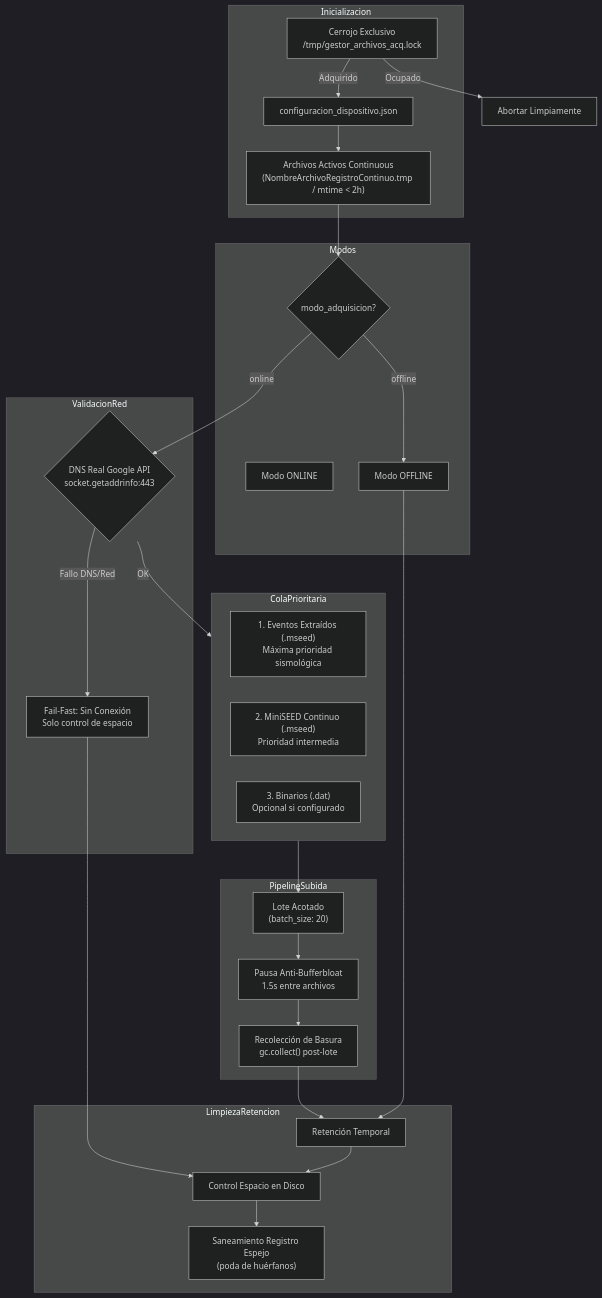
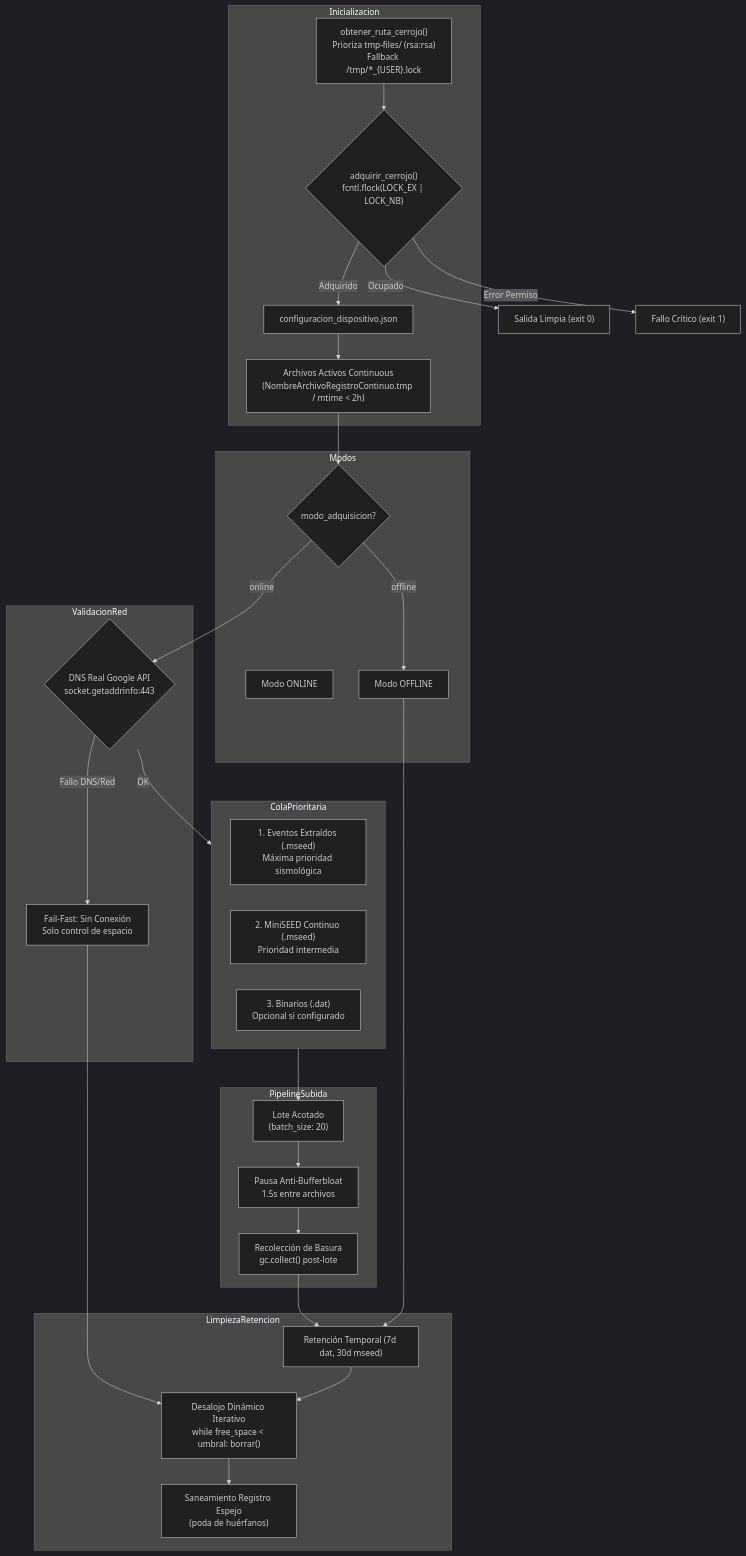
One commit to RSA-Proyectos/RSA-Acelerografo changed the diagram in docs/context/gestor_archivos_acq_context.md. Above: the diagram before and after it, drawn with Mermaid (dark theme). The commit also changed other lines of this file and 5 other files, not shown here.

````diff
--- a/docs/context/gestor_archivos_acq_context.md
+++ b/docs/context/gestor_archivos_acq_context.md
@@ -20,54 +20,57 @@
 ```mermaid
 graph TD
     subgraph Inicializacion
-        LOCK["Cerrojo Exclusivo<br>/tmp/gestor_archivos_acq.lock"]
+        RUTA["obtener_ruta_cerrojo()<br>Prioriza tmp-files/ (rsa:rsa)<br>Fallback /tmp/*_{USER}.lock"]
+        LOCK{"adquirir_cerrojo()<br>fcntl.flock(LOCK_EX | LOCK_NB)"}
         CFG["configuracion_dispositivo.json"]
         ACTIVOS["Archivos Activos Continuous<br>(NombreArchivoRegistroContinuo.tmp / mtime < 2h)"]
     end
 
     subgraph Modos
         MODO{modo_adquisicion?}
         ONLINE["Modo ONLINE"]
         OFFLINE["Modo OFFLINE"]
     end
 
     subgraph ValidacionRed
         DNS{"DNS Real Google API<br>socket.getaddrinfo:443"}
         FAIL_FAST["Fail-Fast: Sin Conexión<br>Solo control de espacio"]
     end
 
     subgraph ColaPrioritaria
         P1["1. Eventos Extraídos (.mseed)<br>Máxima prioridad sismológica"]
         P2["2. MiniSEED Continuo (.mseed)<br>Prioridad intermedia"]
         P3["3. Binarios (.dat)<br>Opcional si configurado"]
     end
 
     subgraph PipelineSubida
         BATCH["Lote Acotado<br>(batch_size: 20)"]
         SLEEP["Pausa Anti-Bufferbloat<br>1.5s entre archivos"]
         GC["Recolección de Basura<br>gc.collect() post-lote"]
     end
 
     subgraph LimpiezaRetencion
-        RET["Retención Temporal"]
-        ESP["Control Espacio en Disco"]
+        RET["Retención Temporal (7d dat, 30d mseed)"]
+        ESP["Desalojo Dinámico Iterativo<br>while free_space < umbral: borrar()"]
         SANEAMIENTO["Saneamiento Registro Espejo<br>(poda de huérfanos)"]
     end
 
+    RUTA --> LOCK
     LOCK -->|Adquirido| CFG
-    LOCK -->|Ocupado| ABORT["Abortar Limpiamente"]
+    LOCK -->|Ocupado| ABORT_OK["Salida Limpia (exit 0)"]
+    LOCK -->|Error Permiso| ABORT_ERR["Fallo Crítico (exit 1)"]
     CFG --> ACTIVOS
     ACTIVOS --> MODO
     MODO -->|online| DNS
     MODO -->|offline| OFFLINE
     DNS -->|Fallo DNS/Red| FAIL_FAST
     DNS -->|OK| ColaPrioritaria
     ColaPrioritaria --> BATCH
     BATCH --> SLEEP
     SLEEP --> GC
     GC --> RET
     FAIL_FAST --> ESP
     OFFLINE --> RET
     RET --> ESP
     ESP --> SANEAMIENTO
 ```
````
